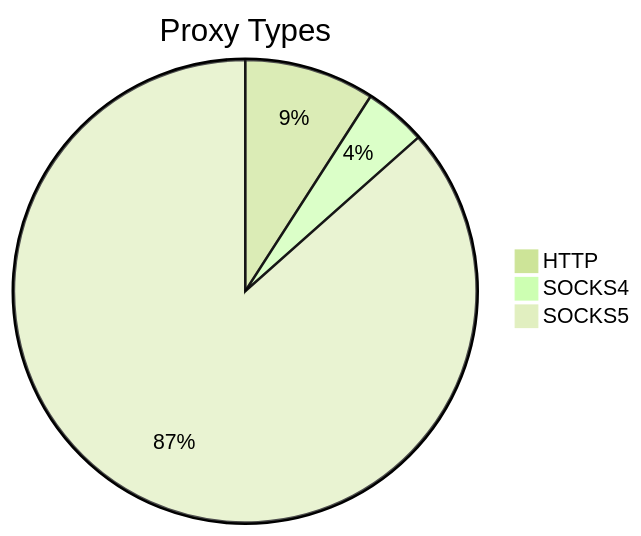
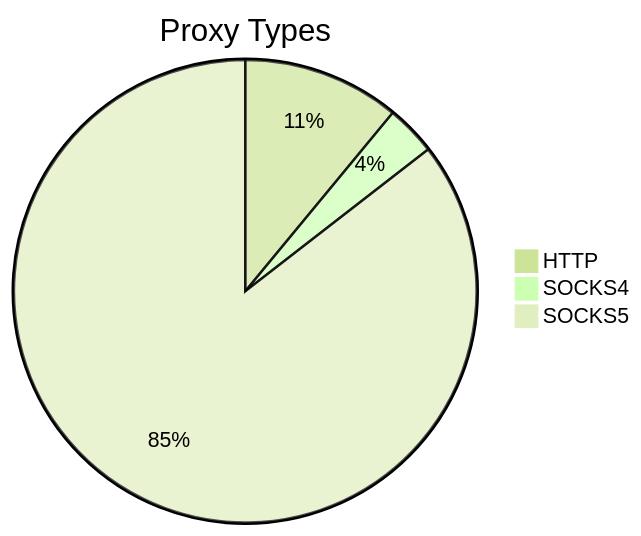
One commit to stormsia/proxy-list changed the first of 2 diagrams in README.md. Above: the diagram before and after it, drawn with Mermaid (forest theme). The commit also changed other lines of this file, not shown here.

````diff
--- a/README.md
+++ b/README.md
@@ -21,6 +21,6 @@
 ```mermaid
 pie title Proxy Types
-    "HTTP" : 109
-    "SOCKS4" : 52
-    "SOCKS5" : 1037
+    "HTTP" : 72
+    "SOCKS4" : 23
+    "SOCKS5" : 560
 ```
````
